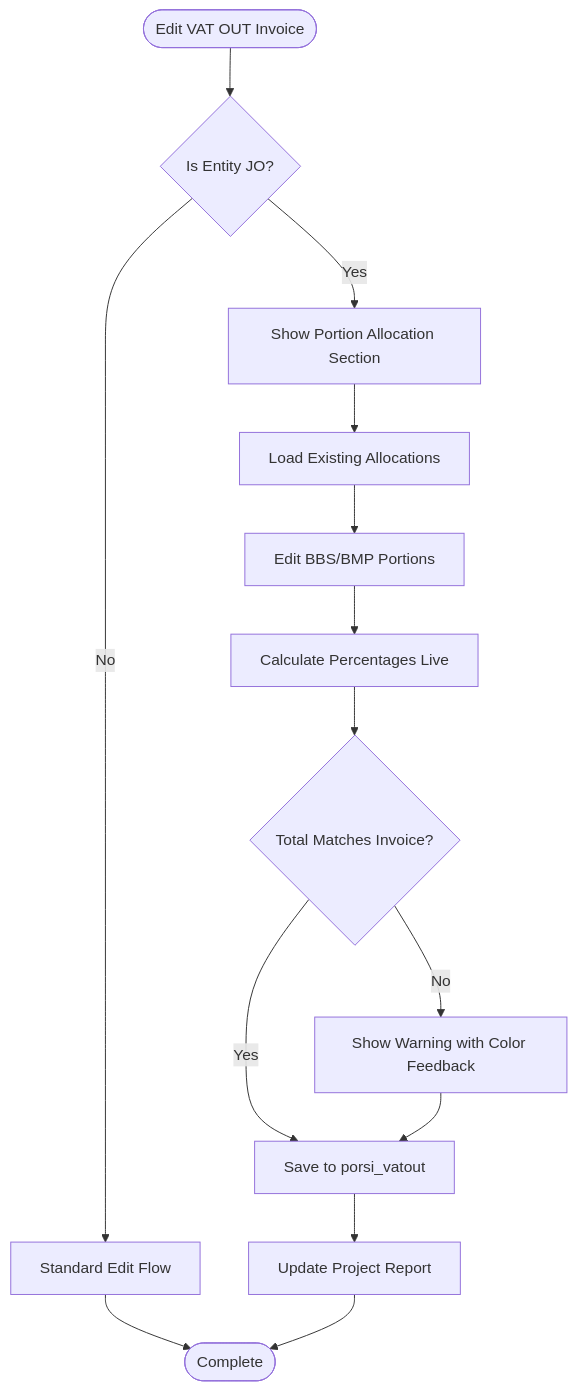
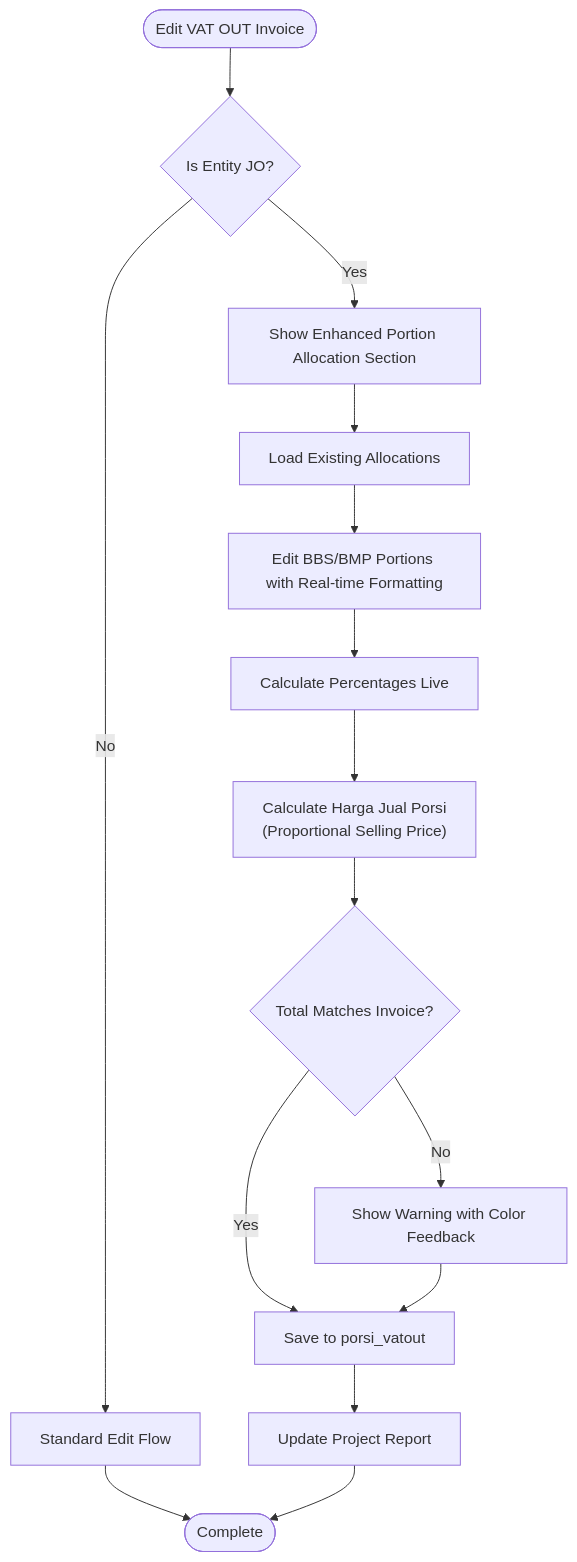
One commit to rendisiagian/TDS_by_RENDISIAGIAN changed the fourth of 12 diagrams in .qoder/repowiki/en/content/VAT Management System/VAT Output (VAT OUT).md. Above: the diagram before and after it, drawn with Mermaid. The commit also changed other lines of this file and 8 other files, not shown here.

````diff
--- a/.qoder/repowiki/en/content/VAT Management System/VAT Output (VAT OUT).md
+++ b/.qoder/repowiki/en/content/VAT Management System/VAT Output (VAT OUT).md
@@ -229,16 +230,17 @@
 ```mermaid
 flowchart TD
 Start(["Edit VAT OUT Invoice"]) --> CheckEntity{"Is Entity JO?"}
 CheckEntity --> |No| StandardFlow["Standard Edit Flow"]
-CheckEntity --> |Yes| ShowPortion["Show Portion Allocation Section"]
+CheckEntity --> |Yes| ShowPortion["Show Enhanced Portion Allocation Section"]
 ShowPortion --> LoadExisting["Load Existing Allocations"]
-LoadExisting --> EditPortions["Edit BBS/BMP Portions"]
+LoadExisting --> EditPortions["Edit BBS/BMP Portions with Real-time Formatting"]
 EditPortions --> CalcPercent["Calculate Percentages Live"]
-CalcPercent --> ValidateSum{"Total Matches Invoice?"}
+CalcPercent --> CalcHJ["Calculate Harga Jual Porsi<br/>(Proportional Selling Price)"]
+CalcHJ --> ValidateSum{"Total Matches Invoice?"}
 ValidateSum --> |Yes| SavePortions["Save to porsi_vatout"]
 ValidateSum --> |No| WarnUser["Show Warning with Color Feedback"]
 WarnUser --> SavePortions
 SavePortions --> UpdateReport["Update Project Report"]
 StandardFlow --> End(["Complete"])
 UpdateReport --> End
 ```
````
